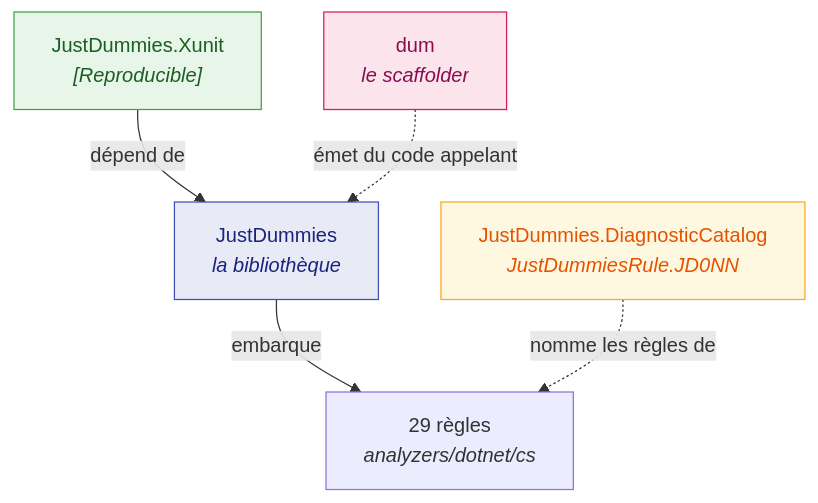
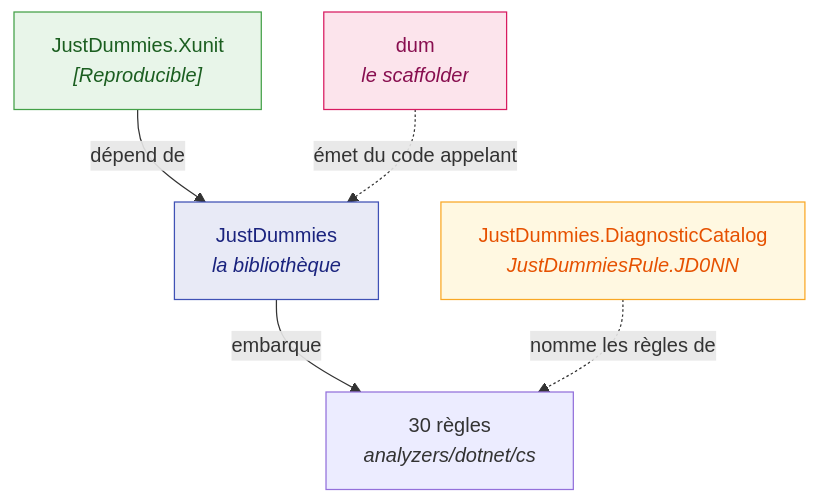
The diagram in doc/handwritten/for-users/packages/README.fr.md (Reefact/just-dummies), drawn with Mermaid before and after one commit. The commit also changed other lines of this file and 43 other files, not shown here.

````diff
--- a/doc/handwritten/for-users/packages/README.fr.md
+++ b/doc/handwritten/for-users/packages/README.fr.md
@@ -19,12 +19,12 @@
 ```mermaid
 flowchart TD
-    L["JustDummies<br/><i>la bibliothèque</i>"] -->|"embarque"| A["29 règles<br/><i>analyzers/dotnet/cs</i>"]
+    L["JustDummies<br/><i>la bibliothèque</i>"] -->|"embarque"| A["30 règles<br/><i>analyzers/dotnet/cs</i>"]
     X["JustDummies.Xunit<br/><i>[Reproducible]</i>"] -->|"dépend de"| L
     C["JustDummies.DiagnosticCatalog<br/><i>JustDummiesRule.JD0NN</i>"]
     C -.->|"nomme les règles de"| A
     D["dum<br/><i>le scaffolder</i>"] -.->|"émet du code appelant"| L
     style L fill:#e8eaf6,stroke:#3f51b5,color:#1a237e
     style X fill:#e8f5e9,stroke:#43a047,color:#1b5e20
     style C fill:#fff8e1,stroke:#f9a825,color:#e65100
     style D fill:#fce4ec,stroke:#d81b60,color:#880e4f
 ```
````
